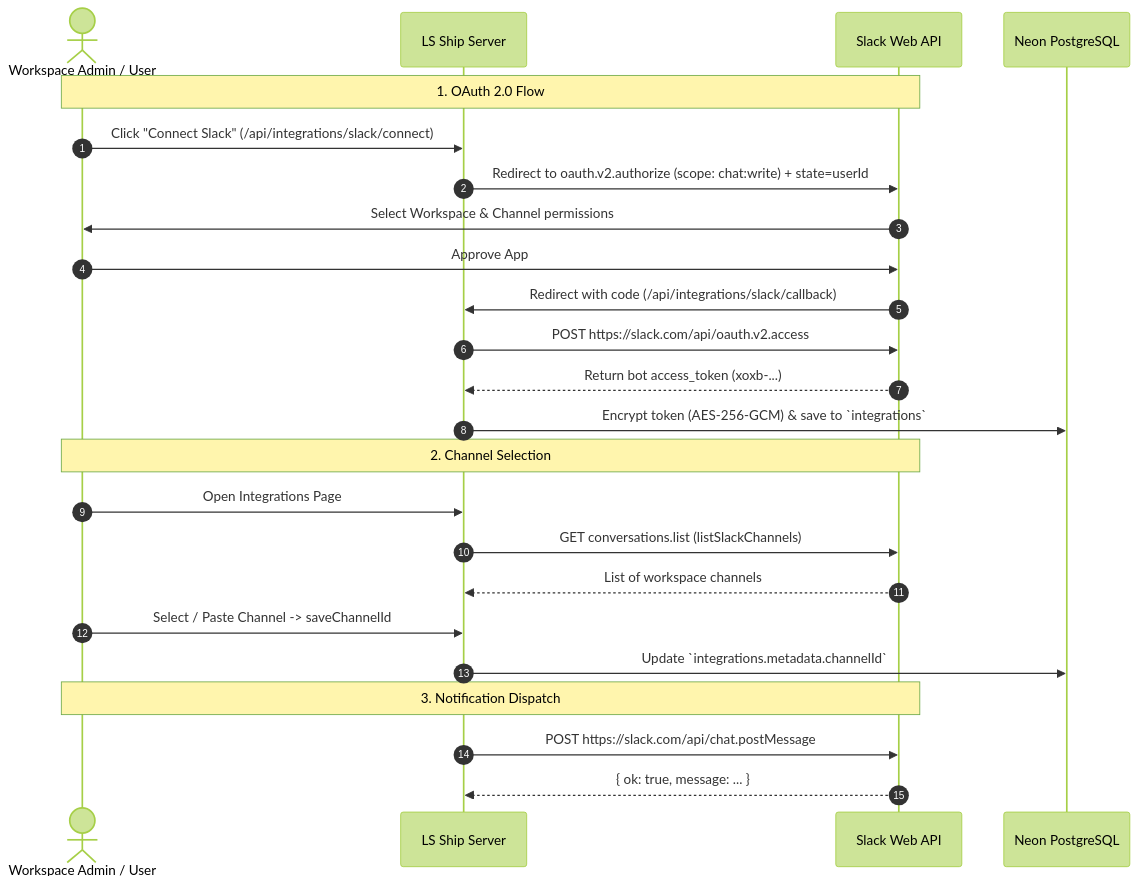
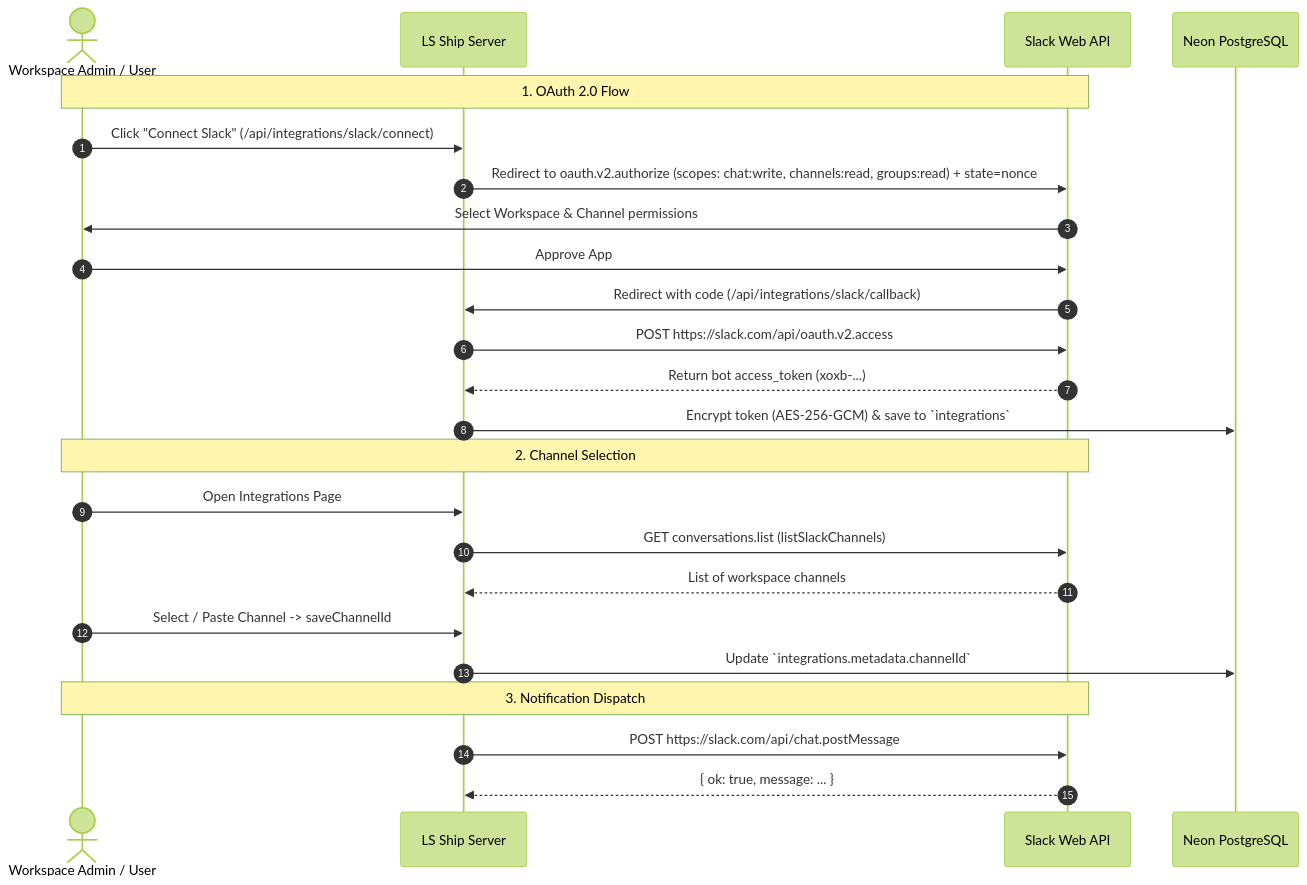
The diagram in ls-ship/docs/integrations/slack.md (girishlade111/LS-Relay), drawn with Mermaid (forest theme) before and after one commit. The commit also changed other lines of this file and 45 other files, not shown here.

````diff
--- a/ls-ship/docs/integrations/slack.md
+++ b/ls-ship/docs/integrations/slack.md
@@ -9,29 +9,29 @@
 ```mermaid
 sequenceDiagram
     autonumber
     actor User as Workspace Admin / User
     participant App as LS Ship Server
     participant Slack as Slack Web API
     participant DB as Neon PostgreSQL
 
     Note over User,Slack: 1. OAuth 2.0 Flow
     User->>App: Click "Connect Slack" (/api/integrations/slack/connect)
-    App->>Slack: Redirect to oauth.v2.authorize (scope: chat:write) + state=userId
+    App->>Slack: Redirect to oauth.v2.authorize (scopes: chat:write, channels:read, groups:read) + state=nonce
     Slack->>User: Select Workspace & Channel permissions
     User->>Slack: Approve App
     Slack->>App: Redirect with code (/api/integrations/slack/callback)
     App->>Slack: POST https://slack.com/api/oauth.v2.access
     Slack-->>App: Return bot access_token (xoxb-...)
     App->>DB: Encrypt token (AES-256-GCM) & save to `integrations`
 
     Note over User,Slack: 2. Channel Selection
     User->>App: Open Integrations Page
     App->>Slack: GET conversations.list (listSlackChannels)
     Slack-->>App: List of workspace channels
     User->>App: Select / Paste Channel -> saveChannelId
     App->>DB: Update `integrations.metadata.channelId`
 
     Note over User,Slack: 3. Notification Dispatch
     App->>Slack: POST https://slack.com/api/chat.postMessage
     Slack-->>App: { ok: true, message: ... }
 ```
````
